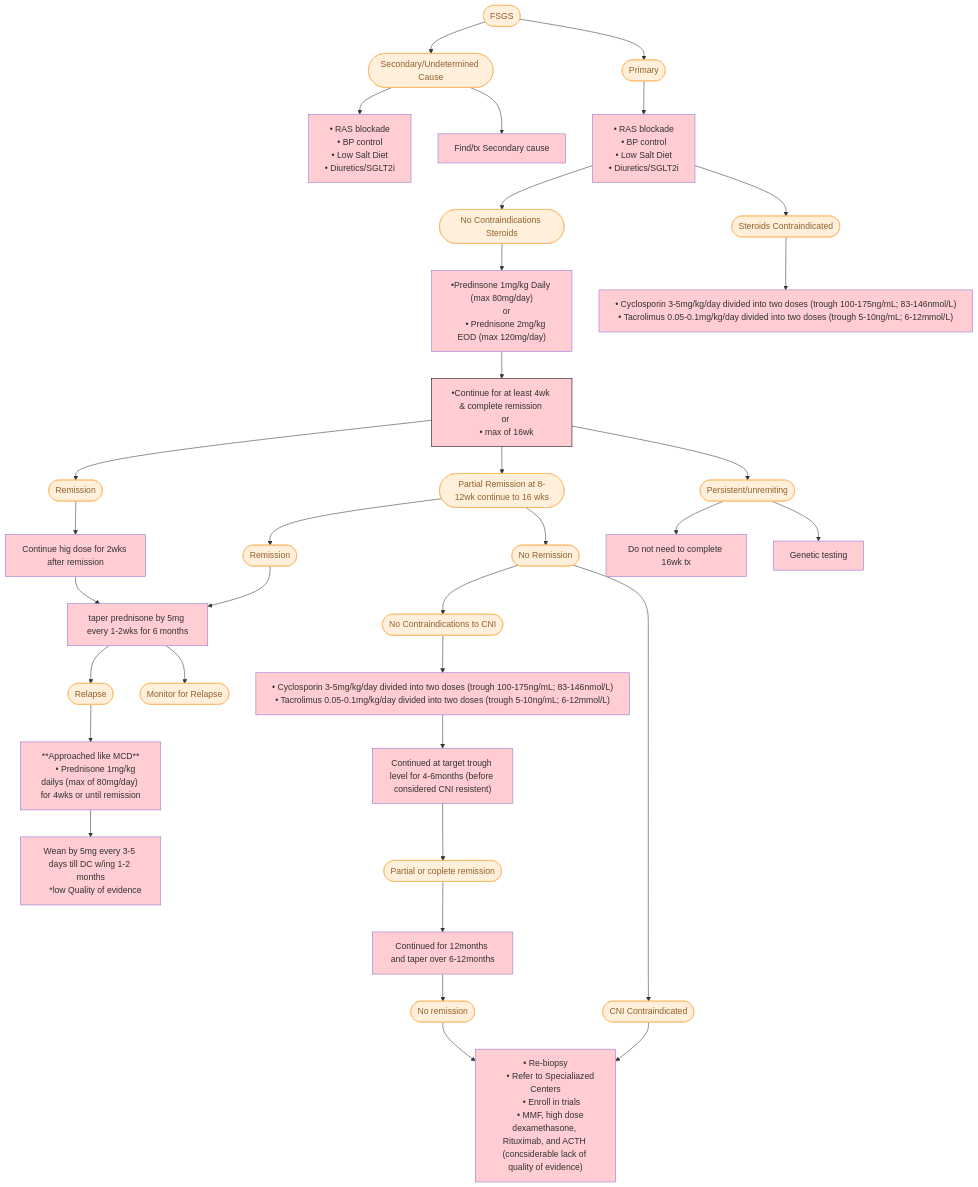
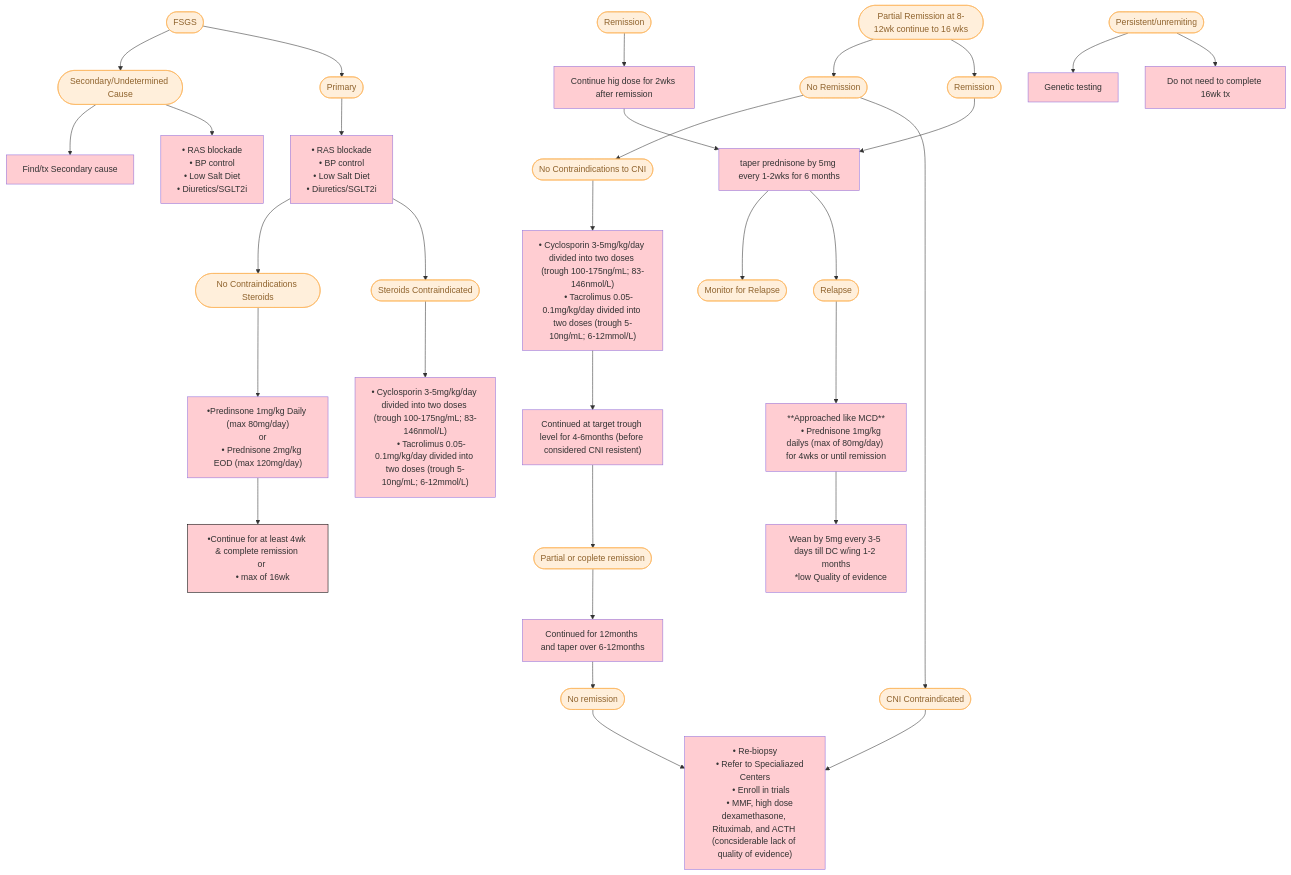
The second of 2 diagrams in docs/FSGS.md (TTUNEPH2025/GN), drawn with Mermaid before and after one commit.

````diff
--- a/docs/FSGS.md
+++ b/docs/FSGS.md
@@ -101,80 +101,78 @@
 ```mermaid
 flowchart TD
     A(["FSGS"]) --> B(["Primary"]) & n1(["Secondary/Undetermined Cause"])
     n1 --> n2["• RAS blockade
      • BP control
      • Low Salt Diet
      • Diuretics/SGLT2i"] & n3["Find/tx Secondary cause"]
     B --> n26["• RAS blockade
      • BP control
      • Low Salt Diet
      • Diuretics/SGLT2i"]
     n4["•Predinsone 1mg/kg Daily (max 80mg/day)
     or
     • Prednisone 2mg/kg EOD (max 120mg/day)"] --> n5["•Continue for at least 4wk & complete remission 
     or 
     • max of 16wk"]
-    n5 --> n12(["Partial Remission at 8-12wk continue to 16 wks"]) & n22(["Persistent/unremiting"]) & n29(["Remission"])
     n6["Continue hig dose for 2wks after remission"] --> n7["taper prednisone by 5mg every 1-2wks for 6 months"]
     n7 --> n8(["Relapse"]) & n9(["Monitor for Relapse"])
     n8 --> n10["**Approached like MCD**
      • Prednisone 1mg/kg dailys (max of 80mg/day) for 4wks or until remission"]
     n10 --> n11["Wean by 5mg every 3-5 days till DC w/ing 1-2 months
     *low Quality of evidence"]
-    n12 --> n13(["Remission"]) & n14(["No Remission"])
+    n12(["Partial Remission at 8-12wk continue to 16 wks"]) --> n13(["Remission"]) & n14(["No Remission"])
     n13 --> n7
     n14 --> n21(["CNI Contraindicated"]) & n28(["No Contraindications to CNI"])
     n15["• Cyclosporin 3-5mg/kg/day divided into two doses (trough 100-175ng/mL; 83-146nmol/L)
      • Tacrolimus 0.05-0.1mg/kg/day divided into two doses (trough 5-10ng/mL; 6-12mmol/L)"] --> n16["Continued at target trough level for 4-6months (before considered CNI resistent)"]
     n16 --> n17(["Partial or coplete remission"])
     n17 --> n18["Continued for 12months and taper over 6-12months"]
     n18 --> n19(["No remission"])
     n19 --> n20["• Re-biopsy
      • Refer to Specialiazed Centers
      • Enroll in trials
      • MMF, high dose dexamethasone, Rituximab, and ACTH (concsiderable lack of quality of evidence)"]
     n21 --> n20
-    n22 --> n30["Do not need to complete 16wk tx"] & n23["Genetic testing"]
+    n22(["Persistent/unremiting"]) --> n30["Do not need to complete 16wk tx"] & n23["Genetic testing"]
     n24(["Steroids Contraindicated"]) --> n25["• Cyclosporin 3-5mg/kg/day divided into two doses (trough 100-175ng/mL; 83-146nmol/L)
      • Tacrolimus 0.05-0.1mg/kg/day divided into two doses (trough 5-10ng/mL; 6-12mmol/L)"]
     n26 --> n24 & n27(["No Contraindications Steroids"])
     n27 --> n4
     n28 --> n15
-    n29 --> n6
+    n29(["Remission"]) --> n6
      A:::Peach
      B:::Peach
      n1:::Peach
      n2:::Class_01
      n3:::Class_01
      n26:::Class_01
-     n12:::Peach
      n22:::Peach
-     n29:::Peach
      n8:::Peach
      n9:::Peach
+     n12:::Peach
      n13:::Peach
      n14:::Peach
      n21:::Peach
      n28:::Peach
      n17:::Peach
      n19:::Peach
      n23:::Class_01
      n24:::Peach
      n25:::Class_01
      n27:::Peach
+     n29:::Peach
     classDef Peach stroke-width:1px, stroke-dasharray:none, stroke:#FBB35A, fill:#FFEFDB, color:#8F632D
     classDef Class_01 fill:#FFCDD2
     style n4 fill:#FFCDD2
     style n5 stroke:#000000,fill:#FFCDD2
     style n6 fill:#FFCDD2
     style n7 fill:#FFCDD2
     style n10 fill:#FFCDD2
     style n11 fill:#FFCDD2
     style n15 fill:#FFCDD2
     style n16 fill:#FFCDD2
     style n18 fill:#FFCDD2
     style n20 fill:#FFCDD2
     style n30 fill:#FFCDD2
-    style n15 white-space:nowrap
-    style n25 white-space:nowrap
+
 ```
````
